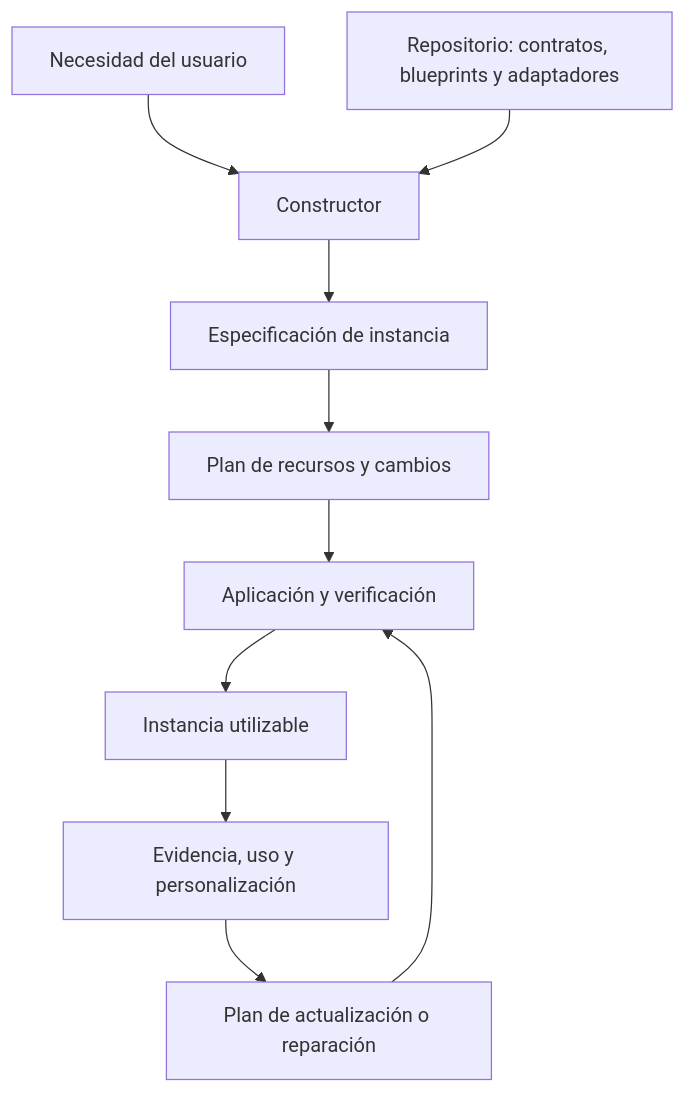
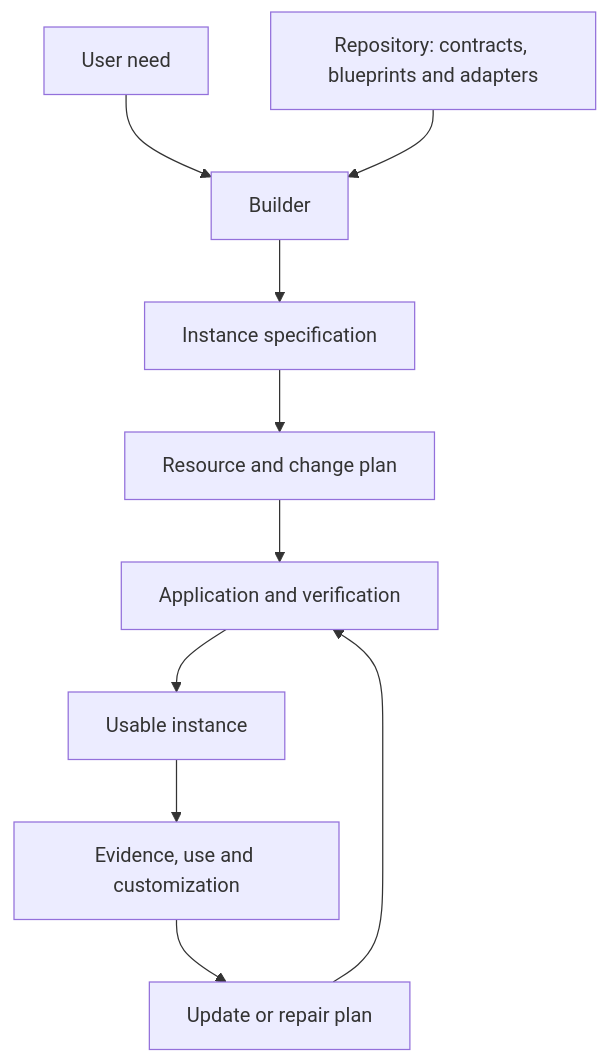
Before and after one commit to afmanu/manu-control-center: the diagram in docs/architecture.md, drawn with Mermaid. The commit also changed other lines of this file and 51 other files, not shown here.

````diff
--- a/docs/architecture.md
+++ b/docs/architecture.md
@@ -31,12 +31,12 @@
 ```mermaid
 flowchart TB
-    N[Necesidad del usuario] --> B[Constructor]
-    R[Repositorio: contratos, blueprints y adaptadores] --> B
-    B --> S[Especificación de instancia]
-    S --> P[Plan de recursos y cambios]
-    P --> D[Aplicación y verificación]
-    D --> I[Instancia utilizable]
-    I --> E[Evidencia, uso y personalización]
-    E --> U[Plan de actualización o reparación]
+    N[User need] --> B[Builder]
+    R[Repository: contracts, blueprints and adapters] --> B
+    B --> S[Instance specification]
+    S --> P[Resource and change plan]
+    P --> D[Application and verification]
+    D --> I[Usable instance]
+    I --> E[Evidence, use and customization]
+    E --> U[Update or repair plan]
     U --> D
 ```
````
